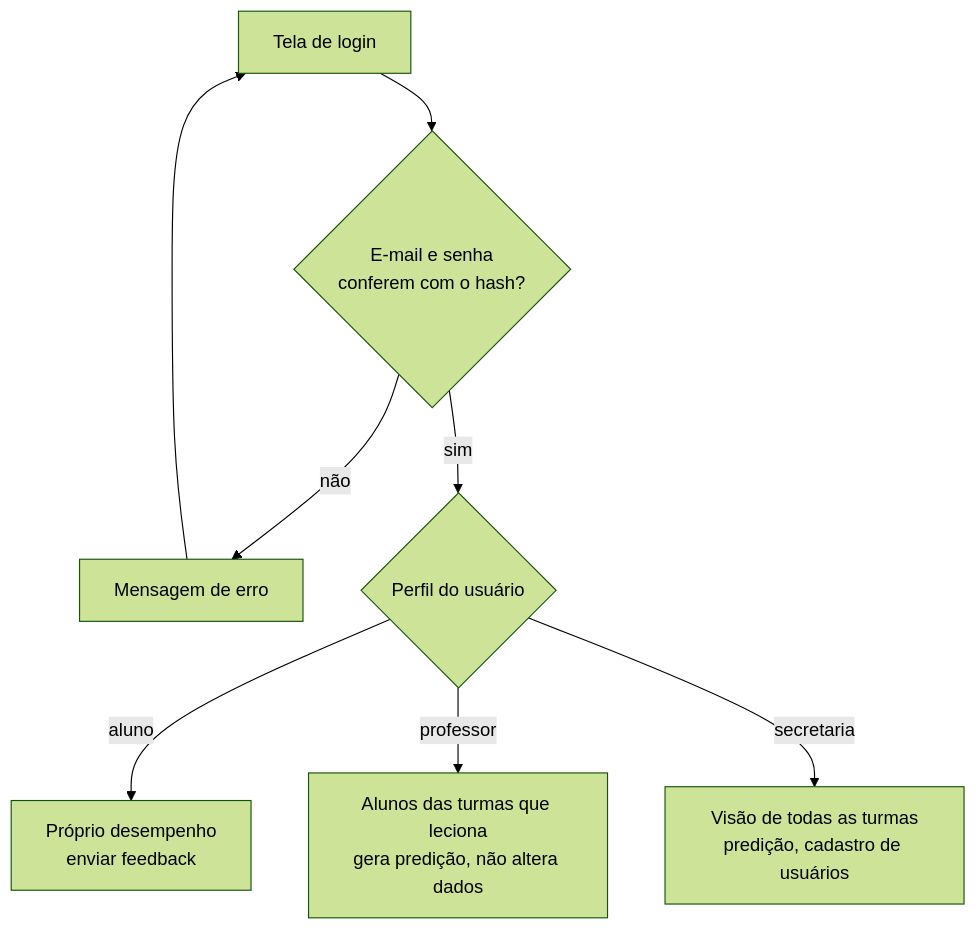
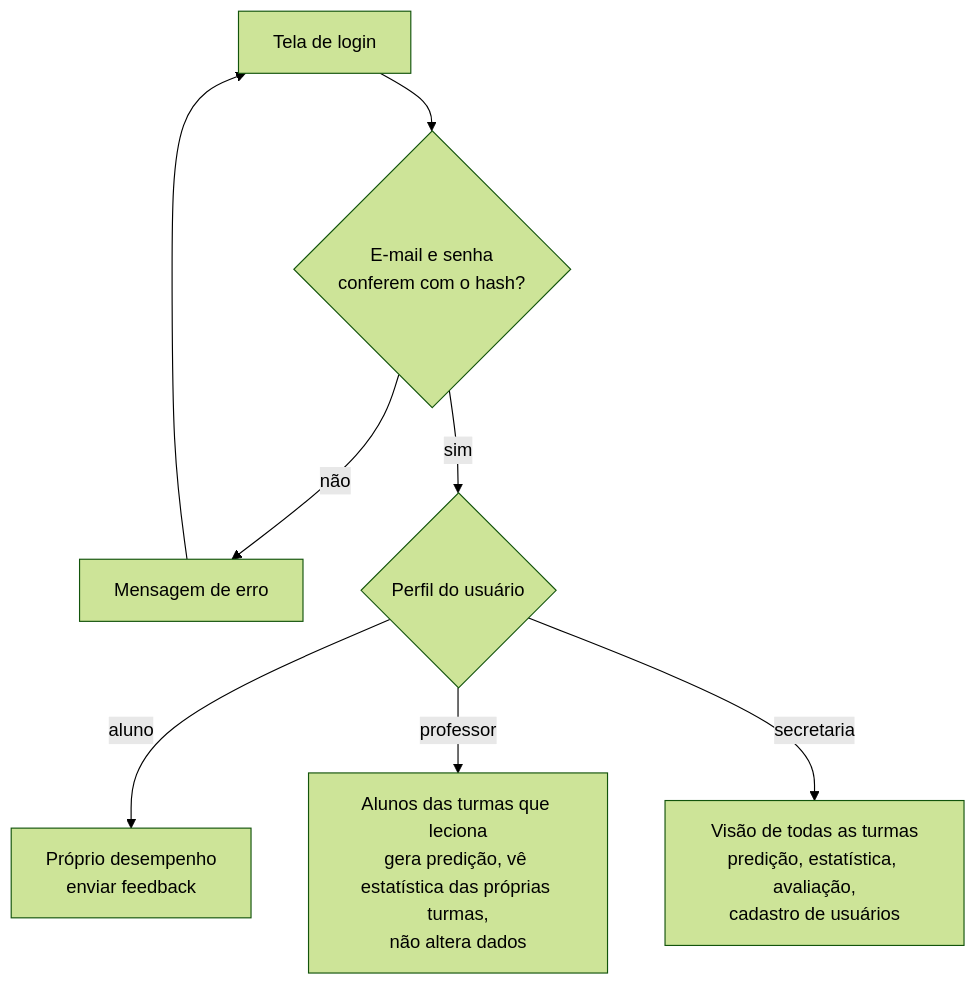
One commit to DiegoGDutra/Projeto-Espiada changed the second of 4 diagrams in readme.md. Above: the diagram before and after it, drawn with Mermaid (forest theme). The commit also changed other lines of this file and 20 other files, not shown here.

````diff
--- a/readme.md
+++ b/readme.md
@@ -290,9 +330,9 @@
 ```mermaid
 flowchart TD
     A["Tela de login"] --> B{"E-mail e senha<br/>conferem com o hash?"}
     B -->|não| E["Mensagem de erro"] --> A
     B -->|sim| C{"Perfil do usuário"}
     C -->|aluno| AL["Próprio desempenho<br/>enviar feedback"]
-    C -->|professor| PR["Alunos das turmas que leciona<br/>gera predição, não altera dados"]
-    C -->|secretaria| SE["Visão de todas as turmas<br/>predição, cadastro de usuários"]
+    C -->|professor| PR["Alunos das turmas que leciona<br/>gera predição, vê estatística das próprias turmas,<br/>não altera dados"]
+    C -->|secretaria| SE["Visão de todas as turmas<br/>predição, estatística, avaliação,<br/>cadastro de usuários"]
 ```
````
